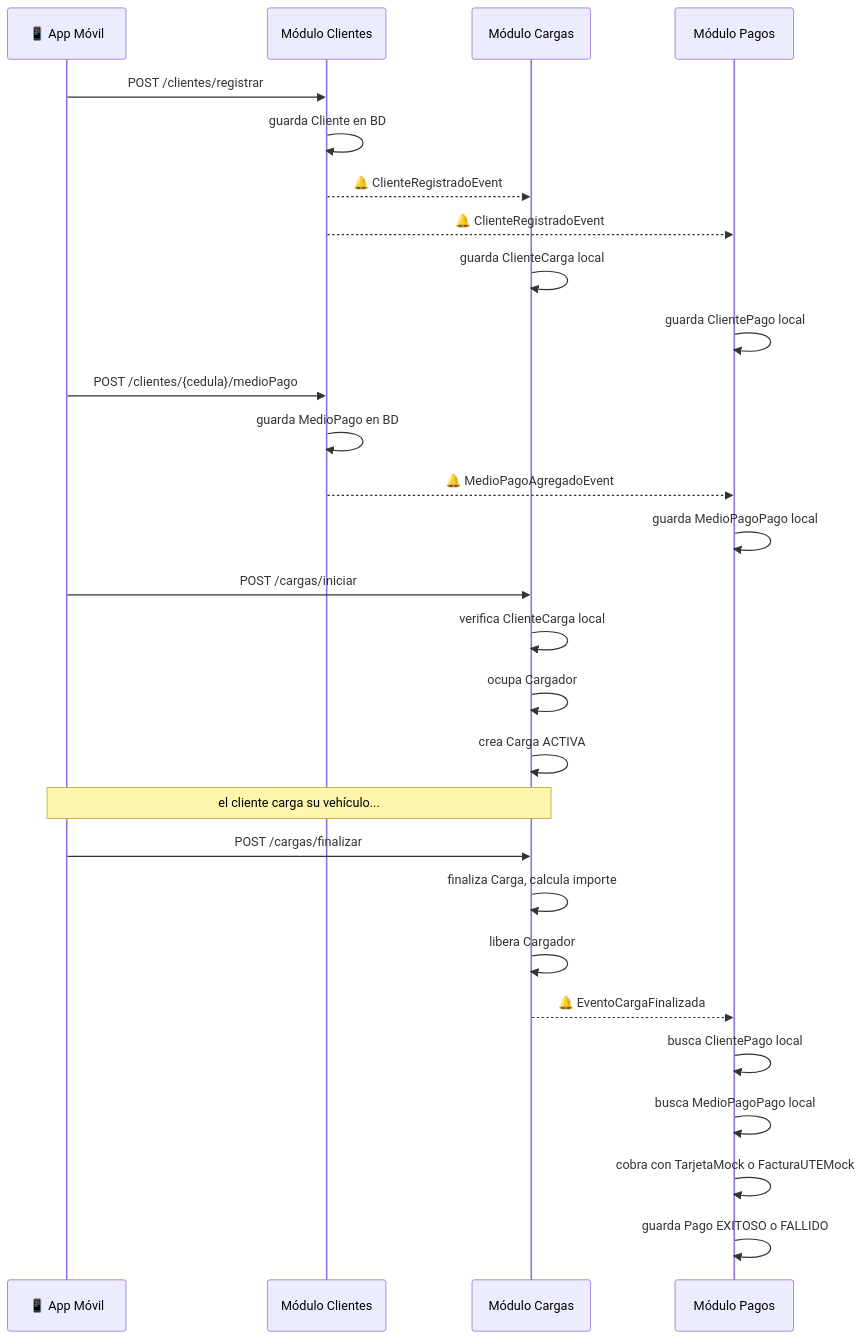
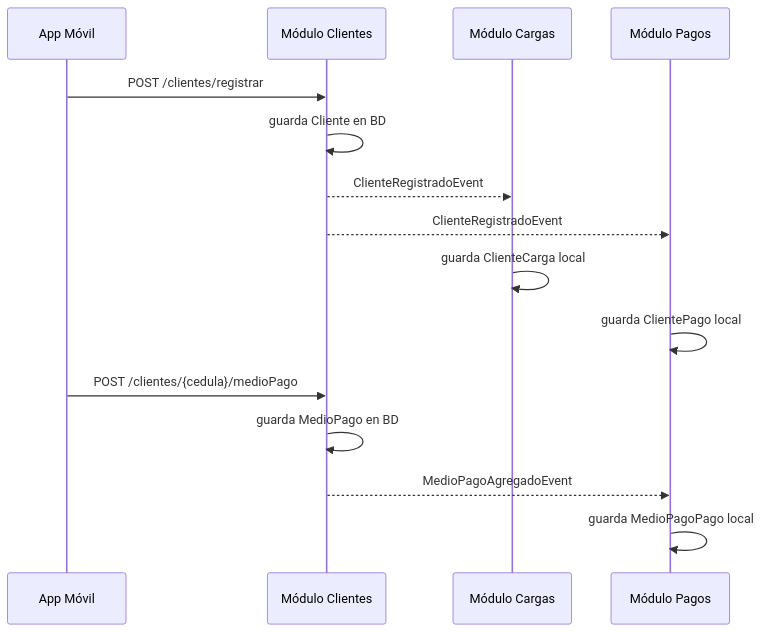
Before and after one commit to eliasSilvera2501/mi-api: the second of 6 diagrams in README.md, drawn with Mermaid.

Commit message:
Update sequence diagram in README.md

````diff
--- a/README.md
+++ b/README.md
@@ -95,35 +95,21 @@
 ```mermaid
 sequenceDiagram
-    participant AppMovil as 📱 App Móvil
+    participant AppMovil as  App Móvil
     participant Clientes as Módulo Clientes
     participant Cargas as Módulo Cargas
     participant Pagos as Módulo Pagos
 
     AppMovil->>Clientes: POST /clientes/registrar
     Clientes->>Clientes: guarda Cliente en BD
-    Clientes-->>Cargas: 🔔 ClienteRegistradoEvent
-    Clientes-->>Pagos: 🔔 ClienteRegistradoEvent
+    Clientes-->>Cargas:  ClienteRegistradoEvent
+    Clientes-->>Pagos:  ClienteRegistradoEvent
     Cargas->>Cargas: guarda ClienteCarga local
     Pagos->>Pagos: guarda ClientePago local
 
     AppMovil->>Clientes: POST /clientes/{cedula}/medioPago
     Clientes->>Clientes: guarda MedioPago en BD
-    Clientes-->>Pagos: 🔔 MedioPagoAgregadoEvent
+    Clientes-->>Pagos:  MedioPagoAgregadoEvent
     Pagos->>Pagos: guarda MedioPagoPago local
 
-    AppMovil->>Cargas: POST /cargas/iniciar
-    Cargas->>Cargas: verifica ClienteCarga local
-    Cargas->>Cargas: ocupa Cargador
-    Cargas->>Cargas: crea Carga ACTIVA
-
-    Note over AppMovil,Cargas: el cliente carga su vehículo...
-
-    AppMovil->>Cargas: POST /cargas/finalizar
-    Cargas->>Cargas: finaliza Carga, calcula importe
-    Cargas->>Cargas: libera Cargador
-    Cargas-->>Pagos: 🔔 EventoCargaFinalizada
-    Pagos->>Pagos: busca ClientePago local
-    Pagos->>Pagos: busca MedioPagoPago local
-    Pagos->>Pagos: cobra con TarjetaMock o FacturaUTEMock
-    Pagos->>Pagos: guarda Pago EXITOSO o FALLIDO
+    
 ```
````
